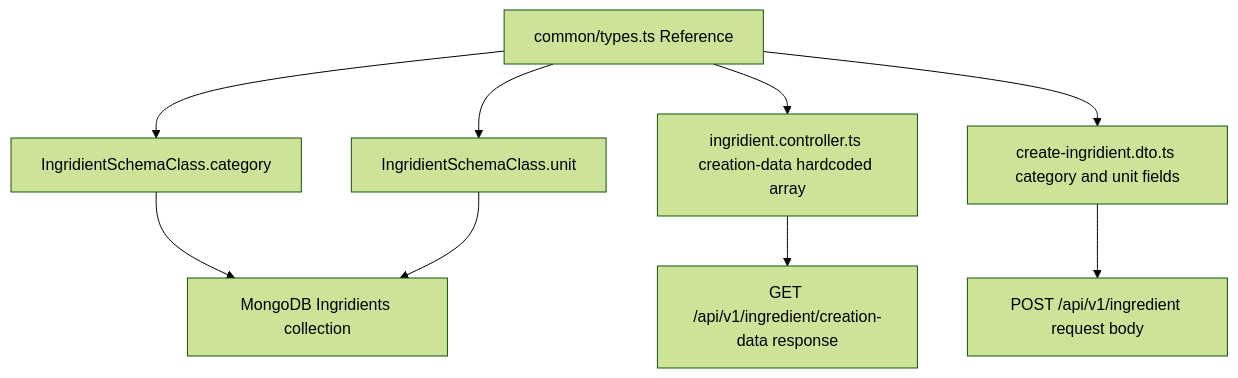
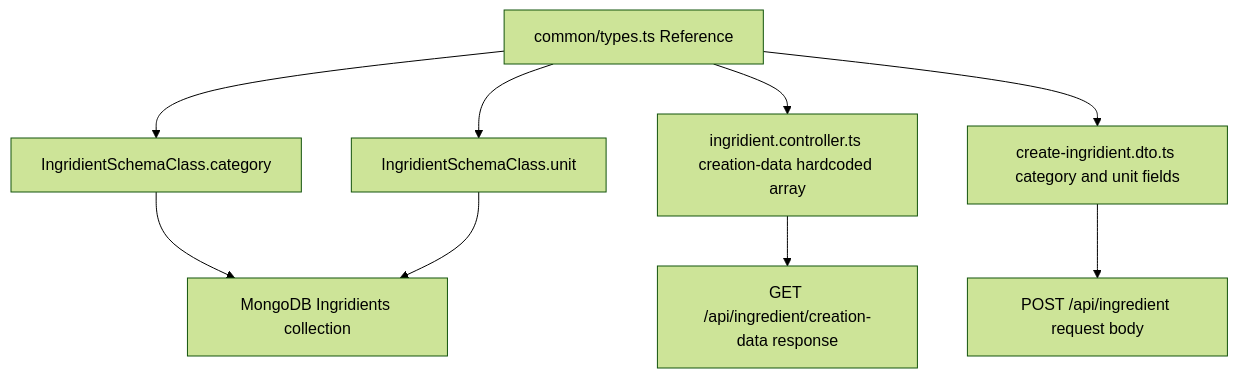
One commit to blitzy-public-samples/pantry-chef-traditional changed the diagram in backend/src/common/README.md. Above: the diagram before and after it, drawn with Mermaid (forest theme). The commit also changed other lines of this file and 42 other files, not shown here.

````diff
--- a/backend/src/common/README.md
+++ b/backend/src/common/README.md
@@ -60,11 +60,11 @@
 ```mermaid
 flowchart TD
     A[common/types.ts Reference] --> B[IngridientSchemaClass.category]
     A --> C[IngridientSchemaClass.unit]
     A --> D[ingridient.controller.ts creation-data hardcoded array]
     A --> E[create-ingridient.dto.ts category and unit fields]
     B --> F[MongoDB Ingridients collection]
     C --> F
-    D --> G[GET /api/v1/ingredient/creation-data response]
-    E --> H[POST /api/v1/ingredient request body]
+    D --> G[GET /api/ingredient/creation-data response]
+    E --> H[POST /api/ingredient request body]
 ```
````
